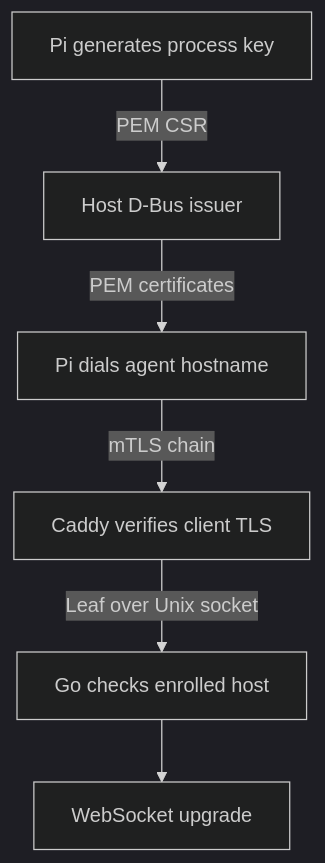
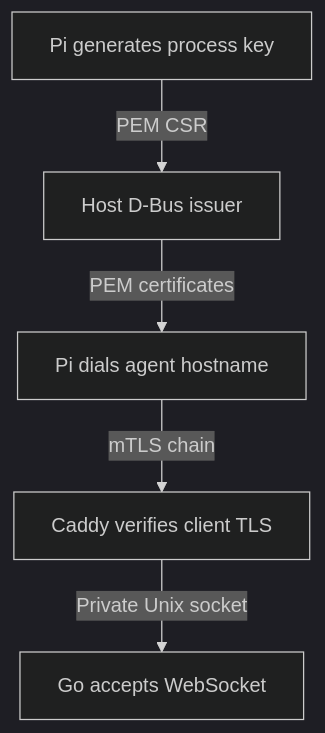
One commit to pineapplehunter/pi-remote-server changed the second of 4 diagrams in docs/agent-mtls-plan.md. Above: the diagram before and after it, drawn with Mermaid (dark theme). The commit also changed other lines of this file and 17 other files, not shown here.

````diff
--- a/docs/agent-mtls-plan.md
+++ b/docs/agent-mtls-plan.md
@@ -60,8 +39,7 @@
 ```mermaid
 flowchart TD
     P[Pi generates process key] -->|PEM CSR| D[Host D-Bus issuer]
     D -->|PEM certificates| C[Pi dials agent hostname]
     C -->|mTLS chain| T[Caddy verifies client TLS]
-    T -->|Leaf over Unix socket| G[Go checks enrolled host]
-    G --> W[WebSocket upgrade]
+    T -->|Private Unix socket| G[Go accepts WebSocket]
 ```
````
